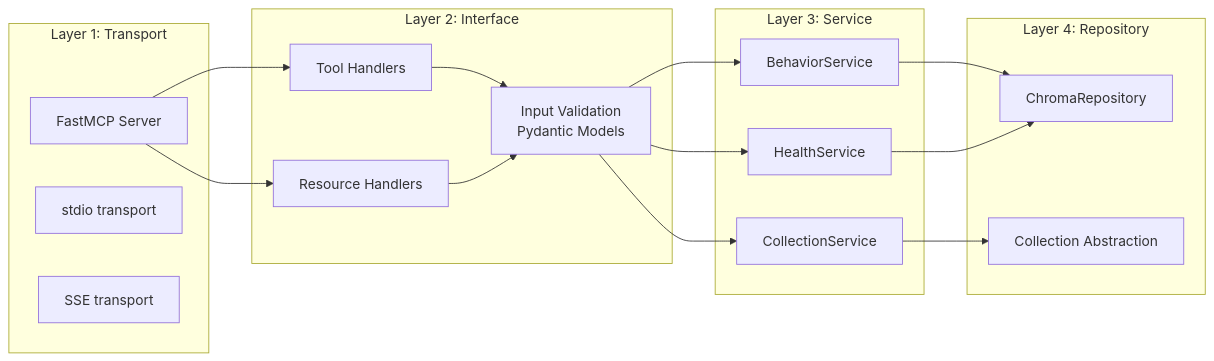
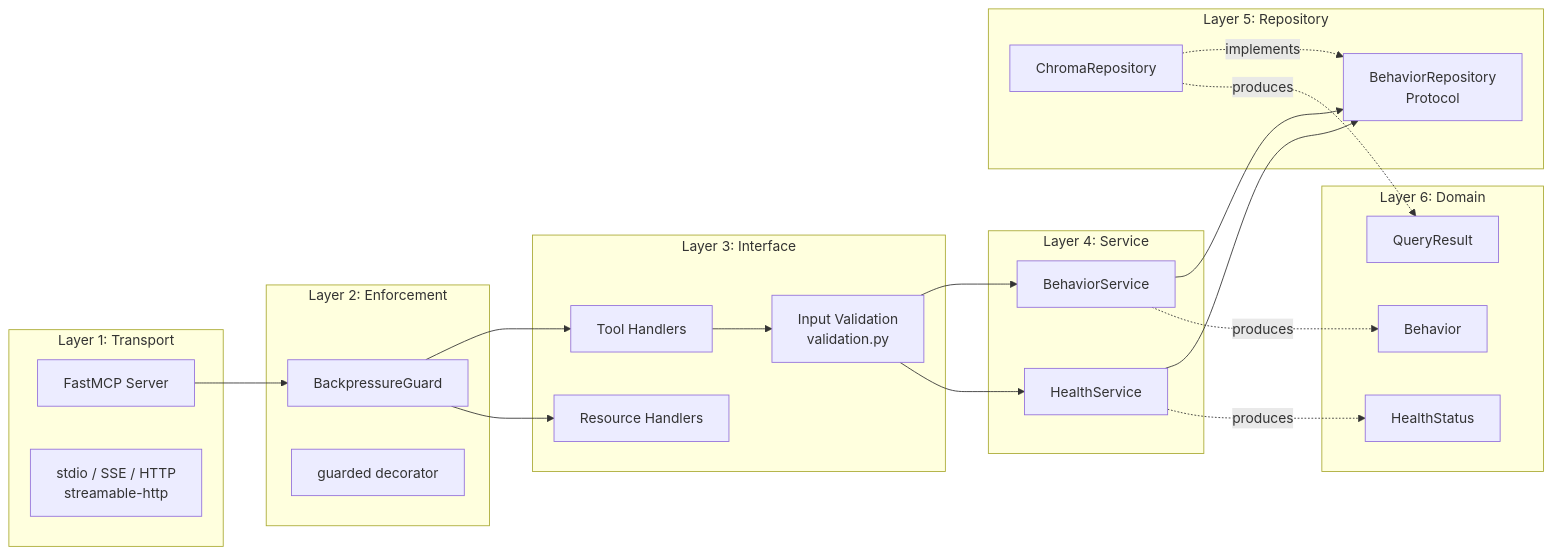
One commit to Zaexv/boring-mcp changed the second of 6 diagrams in ai-docs/architecture.md. Above: the diagram before and after it, drawn with Mermaid. The commit also changed other lines of this file and 21 other files, not shown here.

````diff
--- a/ai-docs/architecture.md
+++ b/ai-docs/architecture.md
@@ -41,36 +58,47 @@
 ```mermaid
 graph LR
     subgraph "Layer 1: Transport"
         T1[FastMCP Server]
-        T2[stdio transport]
-        T3[SSE transport]
+        T2[stdio / SSE / HTTP<br>streamable-http]
     end
 
-    subgraph "Layer 2: Interface"
+    subgraph "Layer 2: Enforcement"
+        BP[BackpressureGuard]
+        BP2[guarded decorator]
+    end
+
+    subgraph "Layer 3: Interface"
         I1[Tool Handlers]
         I2[Resource Handlers]
-        I3[Input Validation<br>Pydantic Models]
+        I3[Input Validation<br>validation.py]
     end
 
-    subgraph "Layer 3: Service"
+    subgraph "Layer 4: Service"
         S1[BehaviorService]
-        S2[CollectionService]
-        S3[HealthService]
+        S2[HealthService]
     end
 
-    subgraph "Layer 4: Repository"
-        R1[ChromaRepository]
-        R2[Collection Abstraction]
+    subgraph "Layer 5: Repository"
+        R1[BehaviorRepository<br>Protocol]
+        R2[ChromaRepository]
     end
 
-    T1 --> I1
-    T1 --> I2
+    subgraph "Layer 6: Domain"
+        D1[Behavior]
+        D2[QueryResult]
+        D3[HealthStatus]
+    end
+
+    T1 --> BP
+    BP --> I1
+    BP --> I2
     I1 --> I3
-    I2 --> I3
     I3 --> S1
     I3 --> S2
-    I3 --> S3
     S1 --> R1
-    S2 --> R2
-    S3 --> R1
+    S2 --> R1
+    R2 -.implements.-> R1
+    S1 -.produces.-> D1
+    R2 -.produces.-> D2
+    S2 -.produces.-> D3
 ```
````
